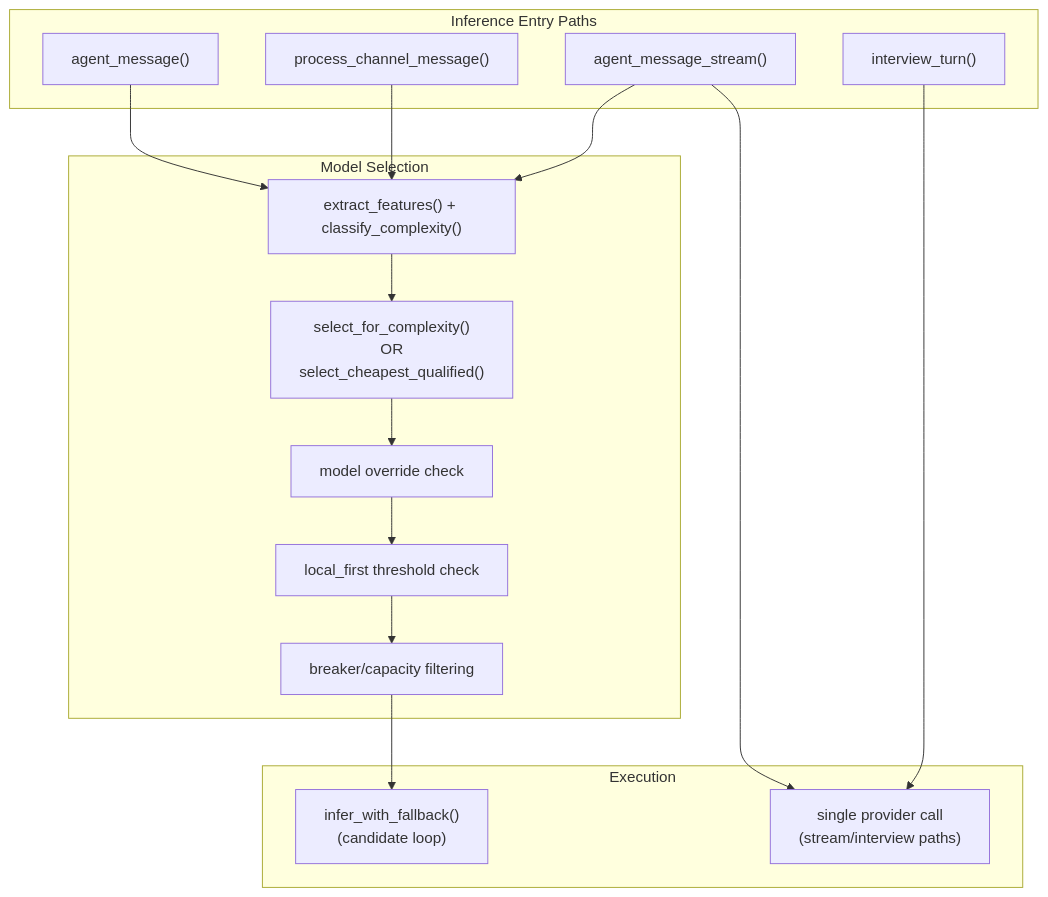
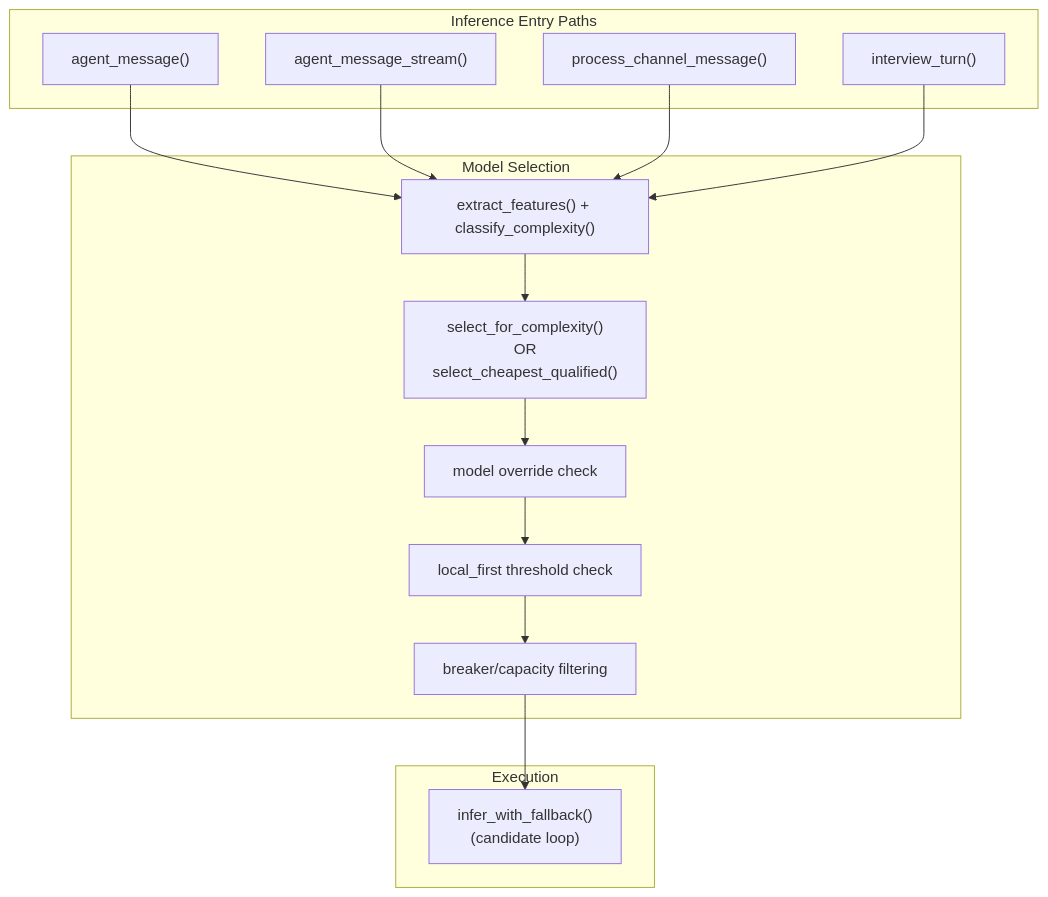
One commit to robot-accomplice/ironclad changed the first of 4 diagrams in docs/architecture/router-audit.md. Above: the diagram before and after it, drawn with Mermaid. The commit also changed other lines of this file and 16 other files, not shown here.

First line of the commit message:
docs: remediate architecture drift — update all diagrams to v0.8.0

````diff
--- a/docs/architecture/router-audit.md
+++ b/docs/architecture/router-audit.md
@@ -7,35 +7,31 @@
 ```mermaid
 flowchart TD
   subgraph Entry["Inference Entry Paths"]
     E1["agent_message()"]
     E2["agent_message_stream()"]
     E3["process_channel_message()"]
     E4["interview_turn()"]
   end
 
   subgraph Select["Model Selection"]
     S1["extract_features() + classify_complexity()"]
     S2["select_for_complexity()\nOR\nselect_cheapest_qualified()"]
     S3["model override check"]
     S4["local_first threshold check"]
     S5["breaker/capacity filtering"]
   end
 
   subgraph Exec["Execution"]
     X1["infer_with_fallback()\n(candidate loop)"]
-    X2["single provider call\n(stream/interview paths)"]
   end
 
   E1 --> S1
+  E2 --> S1
   E3 --> S1
+  E4 --> S1
   S1 --> S2
   S2 --> S3
   S3 --> S4
   S4 --> S5
   S5 --> X1
-
-  E2 --> S1
-  E2 --> X2
-
-  E4 --> X2
 ```
````
